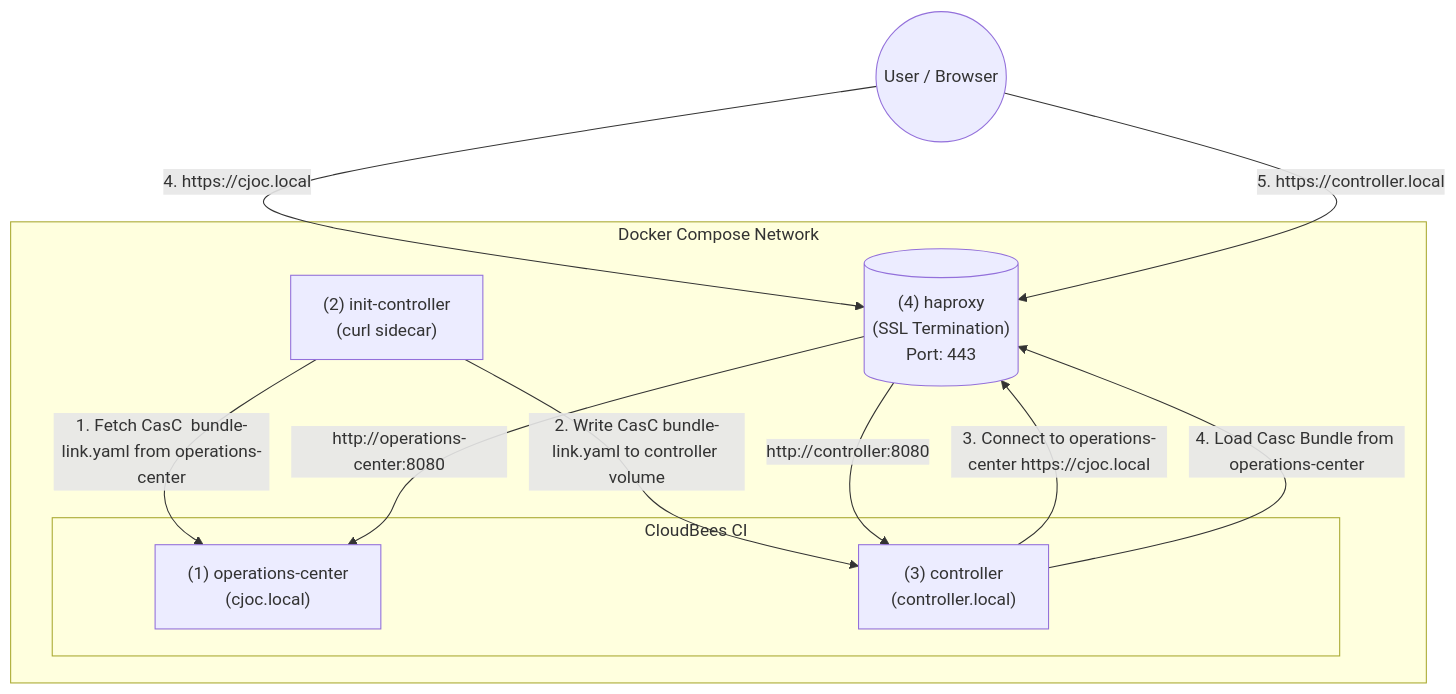
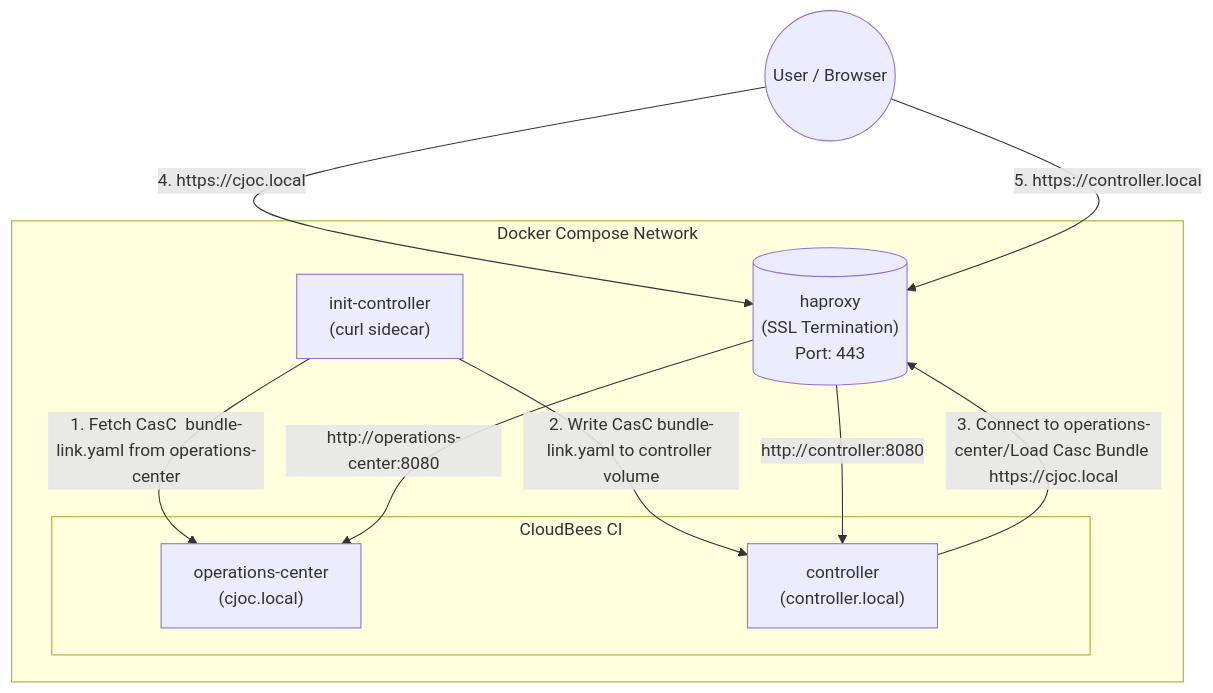
The first of 2 diagrams in README.md (cb-ci/ci-traditional), drawn with Mermaid before and after one commit.

````diff
--- a/README.md
+++ b/README.md
@@ -23,27 +23,26 @@
 ```mermaid
 graph TD
     User((User / Browser))
     subgraph "Docker Compose Network"
-        HAProxy[("(4) haproxy
+        HAProxy[("haproxy
         (SSL Termination)
         Port: 443")]
         
         subgraph "CloudBees CI"
-            CJOC["(1) operations-center
+            CJOC["operations-center
             (cjoc.local)"]
-            Controller["(3) controller
+            Controller["controller
             (controller.local)"]
         end
         
-        Init["(2) init-controller
+        Init["init-controller
         (curl sidecar)"]       
     end    
     
     Init -- "1. Fetch CasC  bundle-link.yaml from operations-center" --> CJOC
     Init -- "2. Write CasC bundle-link.yaml to controller volume" --> Controller
-    Controller -- "3. Connect to operations-center https://cjoc.local" --> HAProxy
-    Controller -- "4. Load Casc Bundle from operations-center" --> HAProxy
+    Controller -- "3. Connect to operations-center/Load Casc Bundle https://cjoc.local" --> HAProxy
 
     User -- "4. https://cjoc.local" --> HAProxy -- "http://operations-center:8080" --> CJOC
     User -- "5. https://controller.local" --> HAProxy -- "http://controller:8080" --> Controller
 ```
````
